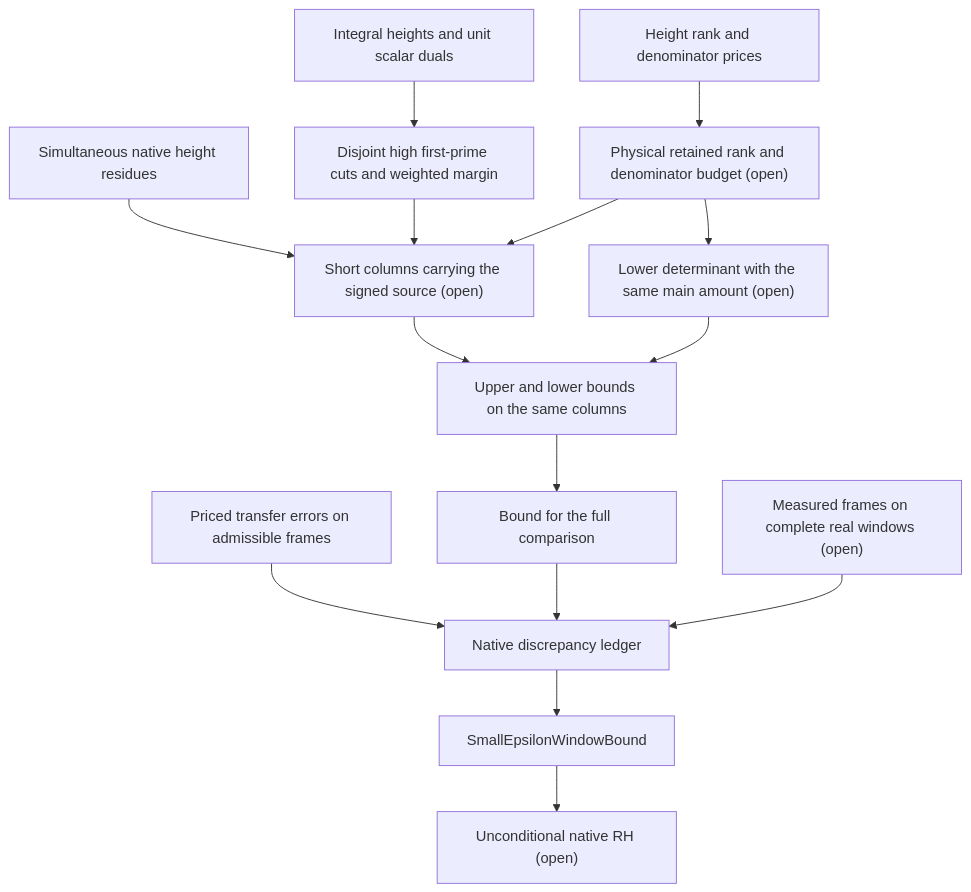
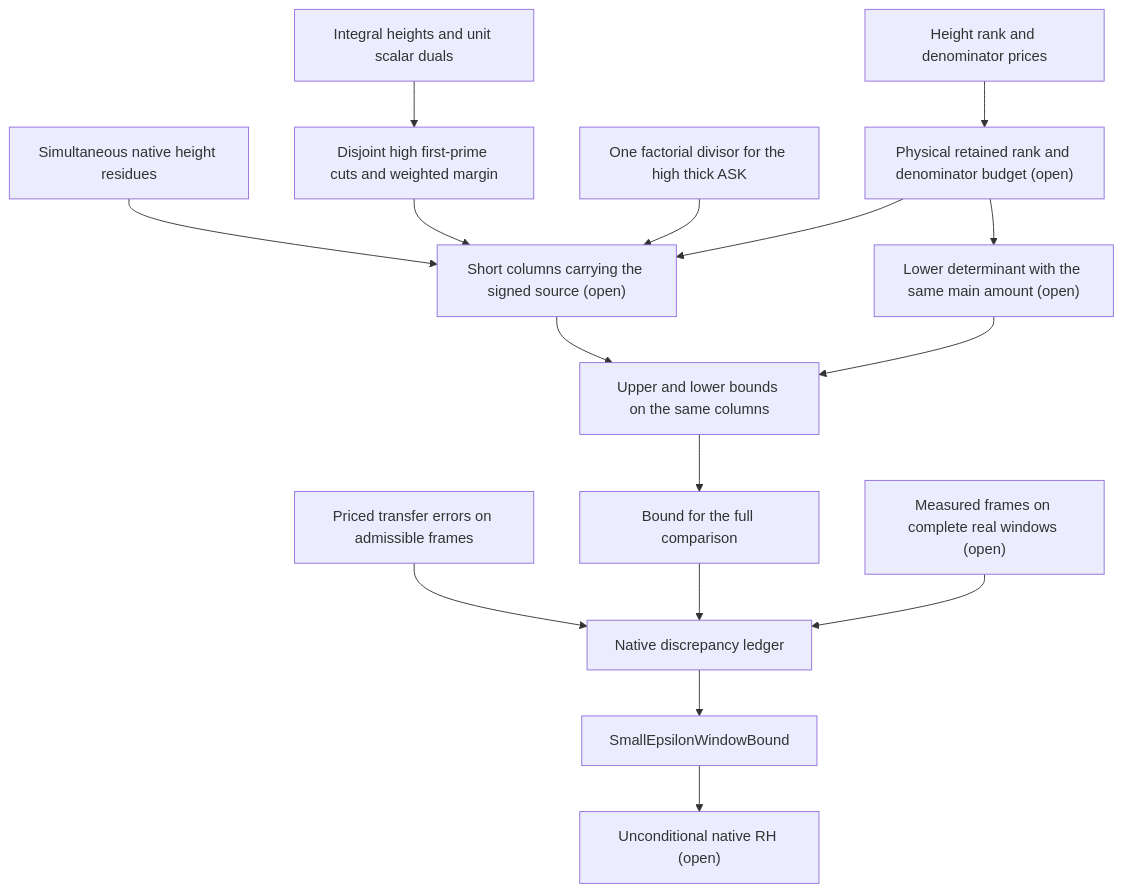
Before and after one commit to OVVO-Financial/RH_Lean: the diagram in research/NATIVE_QUANTITATIVE_DISCREPANCY_LEDGER_20261125.md, drawn with Mermaid. The commit also changed other lines of this file and 4 other files, not shown here.

Commit message:
Approximate high thick cuts by valuations of one explicit factorial on the selected family

````diff
--- a/research/NATIVE_QUANTITATIVE_DISCREPANCY_LEDGER_20261125.md
+++ b/research/NATIVE_QUANTITATIVE_DISCREPANCY_LEDGER_20261125.md
@@ -387,17 +396,18 @@
 ```mermaid
 flowchart TD
     R["Simultaneous native height residues"] --> A["Short columns carrying the signed source (open)"]
     K["Height rank and denominator prices"] --> B["Physical retained rank and denominator budget (open)"]
     T["Integral heights and unit scalar duals"] --> P["Disjoint high first-prime cuts and weighted margin"]
     P --> A
+    J["One factorial divisor for the high thick ASK"] --> A
     B --> A
     B --> C["Lower determinant with the same main amount (open)"]
     A --> S["Upper and lower bounds on the same columns"]
     C --> S
     S --> E["Bound for the full comparison"]
     D["Priced transfer errors on admissible frames"] --> F["Native discrepancy ledger"]
     E --> F
     W["Measured frames on complete real windows (open)"] --> F
     F --> H["SmallEpsilonWindowBound"]
     H --> Z["Unconditional native RH (open)"]
 ```
````
